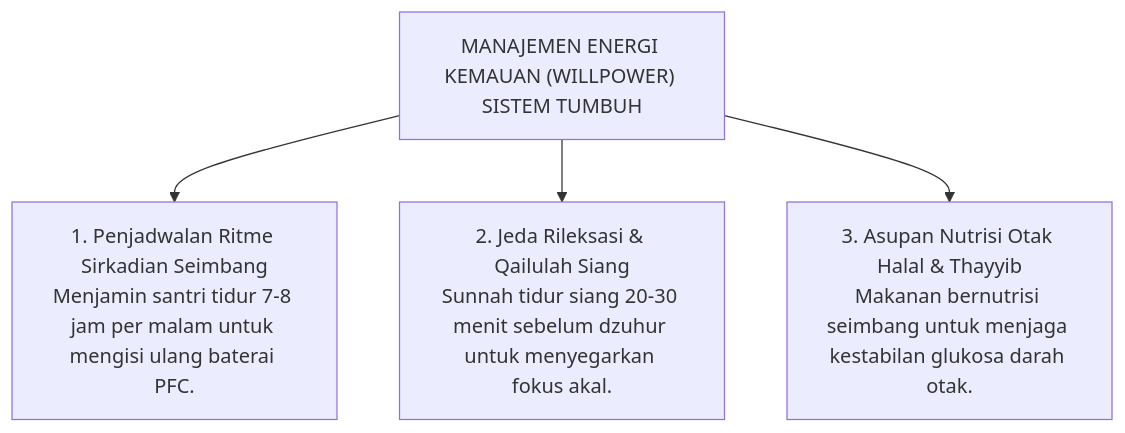
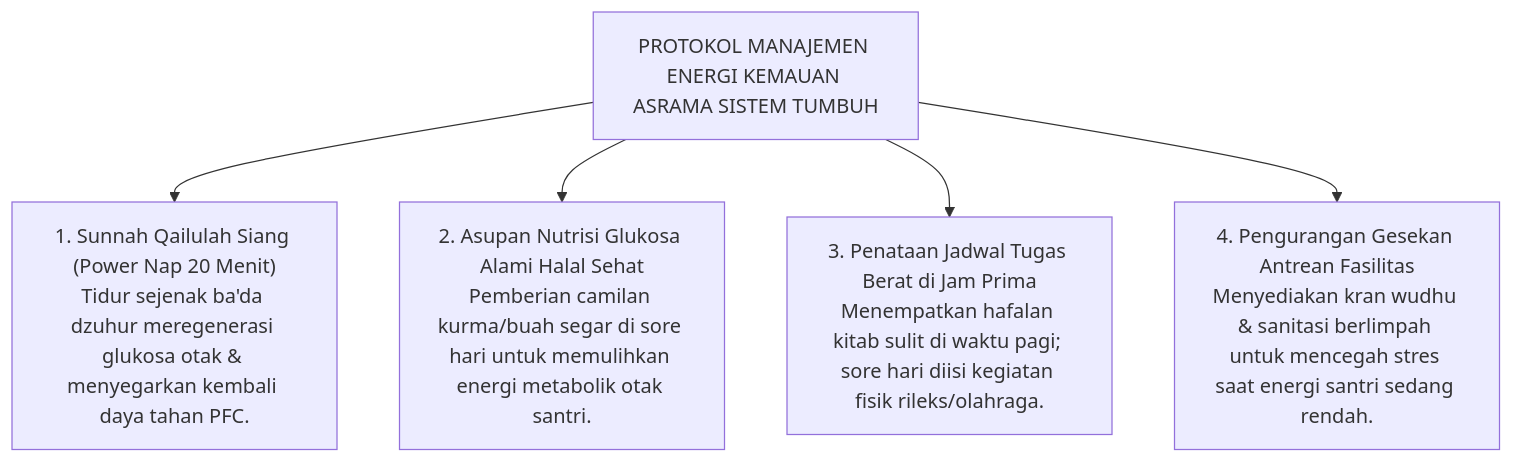
The fourth of 4 diagrams in BOOK-SERIES/Volume-01/Bab-03-Epistemologi-Integratif-Turats-dan-Neurosains/04-Mujahadatun-Nafs-vs-Executive-Function.md (wandiapriliyandi/tumbuh), drawn with Mermaid before and after one commit. The commit also changed other lines of this file and 24 other files, not shown here.

Commit message:
feat(book-01): perkaya dan perdalam seluruh isi subbab bab 02 s.d. 07 dengan elaborasi komprehensif, analisis mendalam, dan diagram alur lengkap

````diff
--- a/BOOK-SERIES/Volume-01/Bab-03-Epistemologi-Integratif-Turats-dan-Neurosains/04-Mujahadatun-Nafs-vs-Executive-Function.md
+++ b/BOOK-SERIES/Volume-01/Bab-03-Epistemologi-Integratif-Turats-dan-Neurosains/04-Mujahadatun-Nafs-vs-Executive-Function.md
@@ -73,10 +79,12 @@
 ```mermaid
 graph TD
-    RootWill["MANAJEMEN ENERGI KEMAUAN (WILLPOWER) SISTEM TUMBUH"]
+    RootWillpower["PROTOKOL MANAJEMEN ENERGI KEMAUAN ASRAMA SISTEM TUMBUH"]
     
-    RootWill --> W1["1. Penjadwalan Ritme Sirkadian Seimbang<br/>Menjamin santri tidur 7-8 jam per malam untuk mengisi ulang baterai PFC."]
+    RootWillpower --> W1["1. Sunnah Qailulah Siang (Power Nap 20 Menit)<br/>Tidur sejenak ba'da dzuhur meregenerasi glukosa otak & menyegarkan kembali daya tahan PFC."]
     
-    RootWill --> W2["2. Jeda Rileksasi & Qailulah Siang<br/>Sunnah tidur siang 20-30 menit sebelum dzuhur untuk menyegarkan fokus akal."]
+    RootWillpower --> W2["2. Asupan Nutrisi Glukosa Alami Halal Sehat<br/>Pemberian camilan kurma/buah segar di sore hari untuk memulihkan energi metabolik otak santri."]
     
-    RootWill --> W3["3. Asupan Nutrisi Otak Halal & Thayyib<br/>Makanan bernutrisi seimbang untuk menjaga kestabilan glukosa darah otak."]
+    RootWillpower --> W3["3. Penataan Jadwal Tugas Berat di Jam Prima<br/>Menempatkan hafalan kitab sulit di waktu pagi; sore hari diisi kegiatan fisik rileks/olahraga."]
+    
+    RootWillpower --> W4["4. Pengurangan Gesekan Antrean Fasilitas<br/>Menyediakan kran wudhu & sanitasi berlimpah untuk mencegah stres saat energi santri sedang rendah."]
 ```
````
